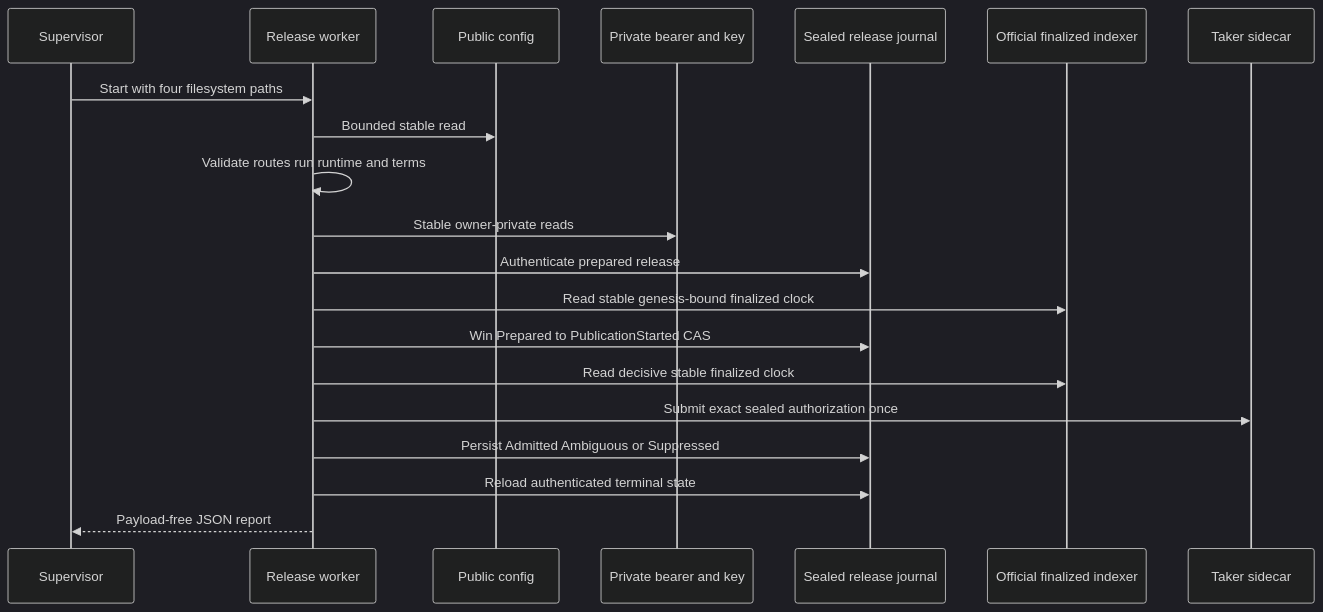
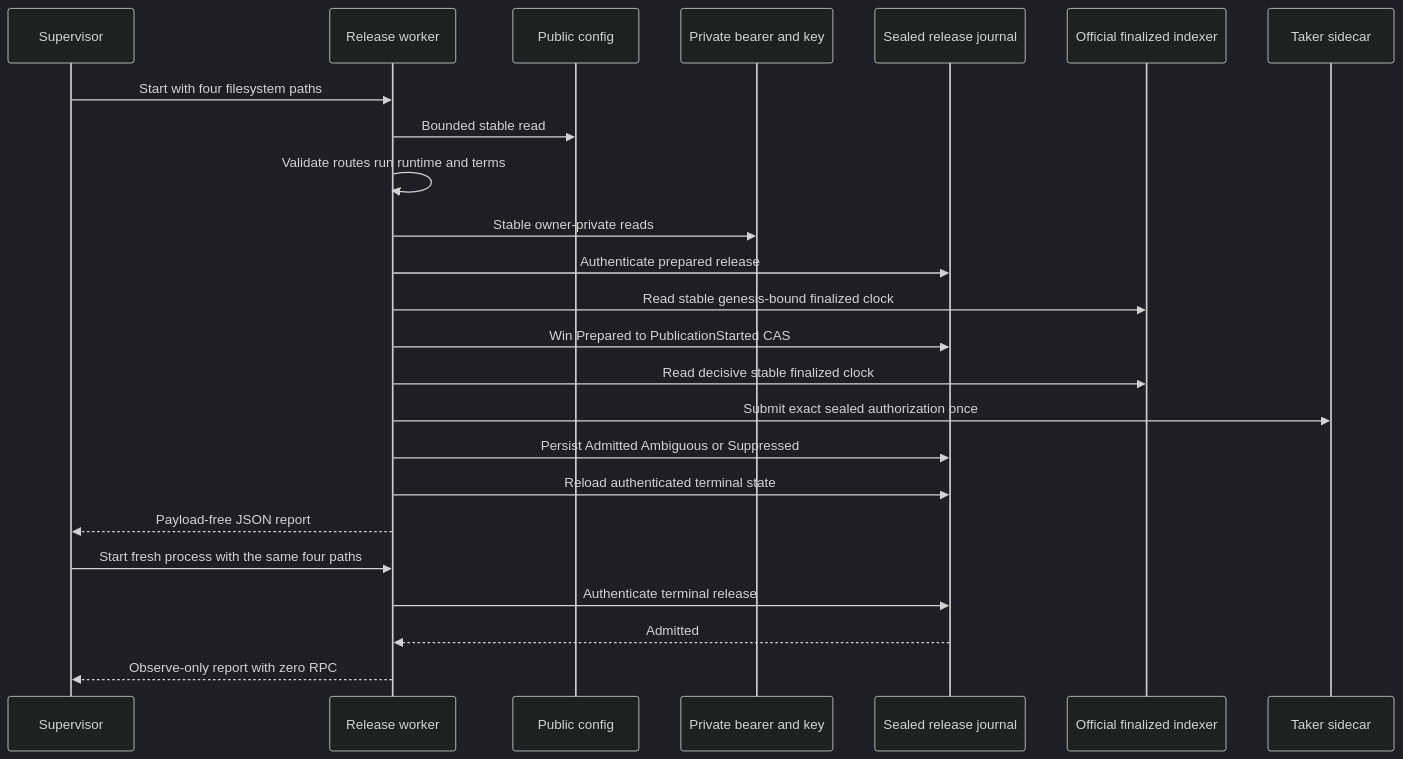
The second of 2 diagrams in docs/architecture/0068-isolate-xmr-release-worker-dependencies.md (gateway-fm/lez-atomic-swaps), drawn with Mermaid (dark theme) before and after one commit. The commit also changed other lines of this file and 17 other files, not shown here.

Commit message:
test(m4): prove release worker process restart

````diff
--- a/docs/architecture/0068-isolate-xmr-release-worker-dependencies.md
+++ b/docs/architecture/0068-isolate-xmr-release-worker-dependencies.md
@@ -101,23 +101,27 @@
 ```mermaid
 sequenceDiagram
     participant Supervisor
     participant Worker as Release worker
     participant Config as Public config
     participant Secrets as Private bearer and key
     participant Journal as Sealed release journal
     participant Indexer as Official finalized indexer
     participant Sidecar as Taker sidecar
 
     Supervisor->>Worker: Start with four filesystem paths
     Worker->>Config: Bounded stable read
     Worker->>Worker: Validate routes run runtime and terms
     Worker->>Secrets: Stable owner-private reads
     Worker->>Journal: Authenticate prepared release
     Worker->>Indexer: Read stable genesis-bound finalized clock
     Worker->>Journal: Win Prepared to PublicationStarted CAS
     Worker->>Indexer: Read decisive stable finalized clock
     Worker->>Sidecar: Submit exact sealed authorization once
     Worker->>Journal: Persist Admitted Ambiguous or Suppressed
     Worker->>Journal: Reload authenticated terminal state
     Worker-->>Supervisor: Payload-free JSON report
+    Supervisor->>Worker: Start fresh process with the same four paths
+    Worker->>Journal: Authenticate terminal release
+    Journal-->>Worker: Admitted
+    Worker-->>Supervisor: Observe-only report with zero RPC
 ```
````
